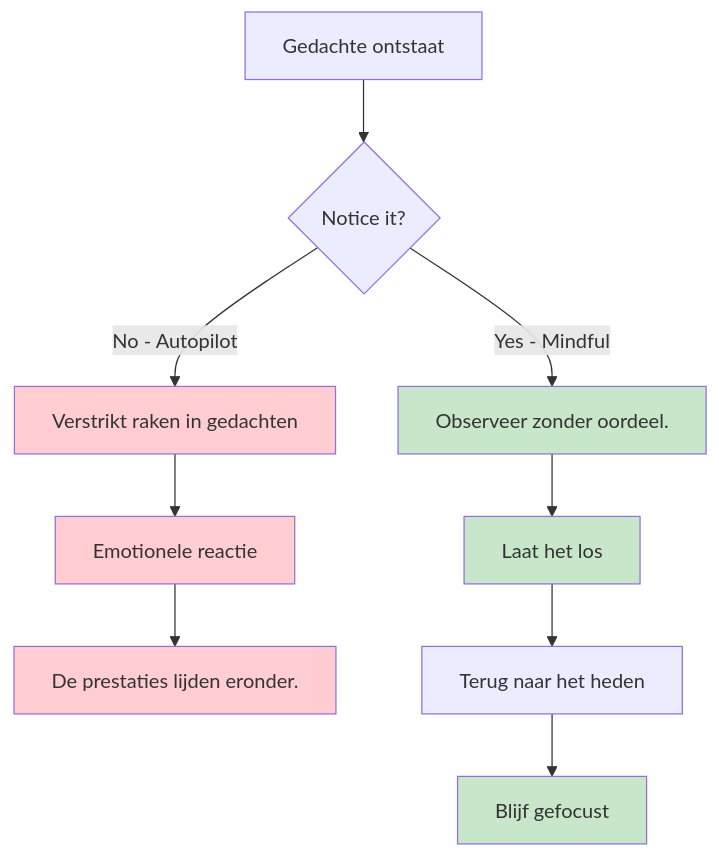
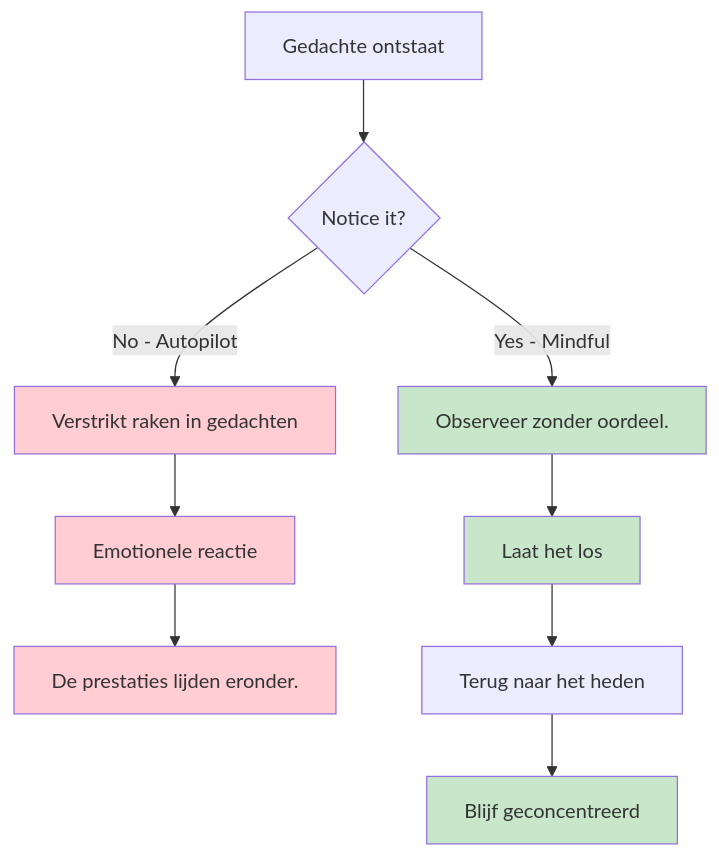
The first of 2 diagrams in docs/nl/education/mindfulness/index.md (patwii/petanque-academy), drawn with Mermaid before and after one commit. The commit also changed other lines of this file and 532 other files, not shown here.

````diff
--- a/docs/nl/education/mindfulness/index.md
+++ b/docs/nl/education/mindfulness/index.md
@@ -11,20 +11,20 @@
 ```mermaid
 graph TD
     A[Gedachte ontstaat] --> B{Notice it?}
     B -->|No - Autopilot| C[Verstrikt raken in gedachten]
     B -->|Yes - Mindful| D[Observeer zonder oordeel.]
 
     C --> E[Emotionele reactie]
     E --> F[De prestaties lijden eronder.]
 
     D --> G[Laat het los]
     G --> H[Terug naar het heden]
-    H --> I[Blijf gefocust]
+    H --> I[Blijf geconcentreerd]
 
     style C fill:#ffcdd2
     style E fill:#ffcdd2
     style F fill:#ffcdd2
     style D fill:#c8e6c9
     style G fill:#c8e6c9
     style I fill:#c8e6c9
 ```
````
